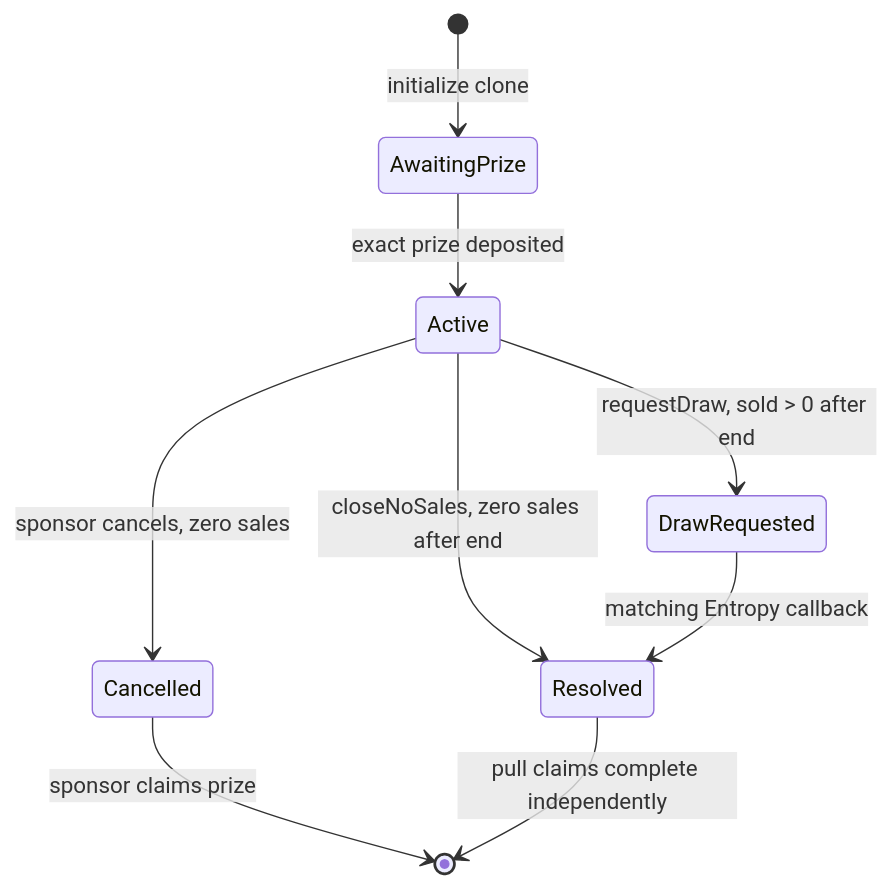
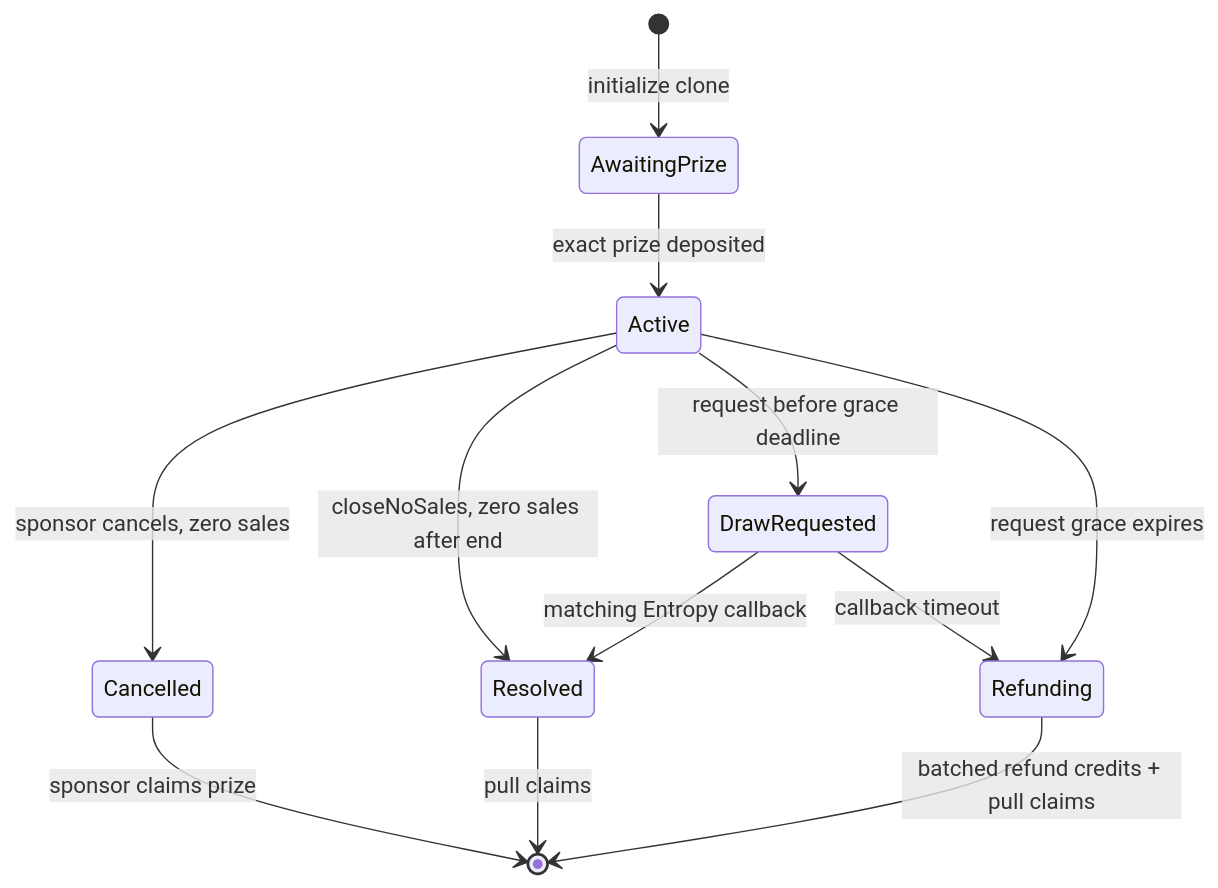
One commit to Heesho/raffle-fun changed the first of 5 diagrams in README.md. Above: the diagram before and after it, drawn with Mermaid. The commit also changed other lines of this file and 64 other files, not shown here.

````diff
--- a/README.md
+++ b/README.md
@@ -111,11 +118,14 @@
 ```mermaid
 stateDiagram-v2
   [*] --> AwaitingPrize: initialize clone
   AwaitingPrize --> Active: exact prize deposited
   Active --> Cancelled: sponsor cancels, zero sales
   Active --> Resolved: closeNoSales, zero sales after end
-  Active --> DrawRequested: requestDraw, sold > 0 after end
+  Active --> DrawRequested: request before grace deadline
+  Active --> Refunding: request grace expires
   DrawRequested --> Resolved: matching Entropy callback
+  DrawRequested --> Refunding: callback timeout
   Cancelled --> [*]: sponsor claims prize
-  Resolved --> [*]: pull claims complete independently
+  Resolved --> [*]: pull claims
+  Refunding --> [*]: batched refund credits + pull claims
 ```
````
